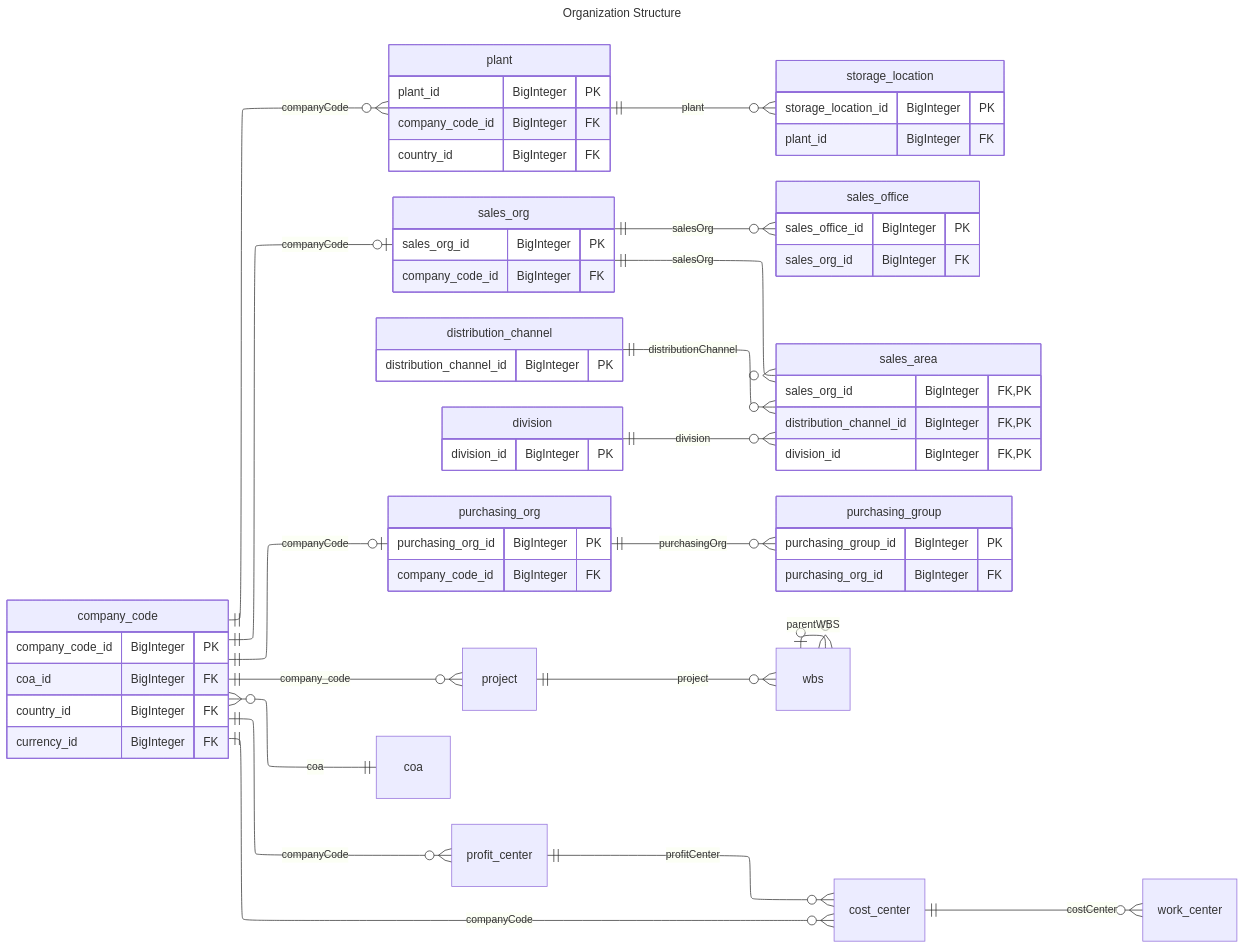
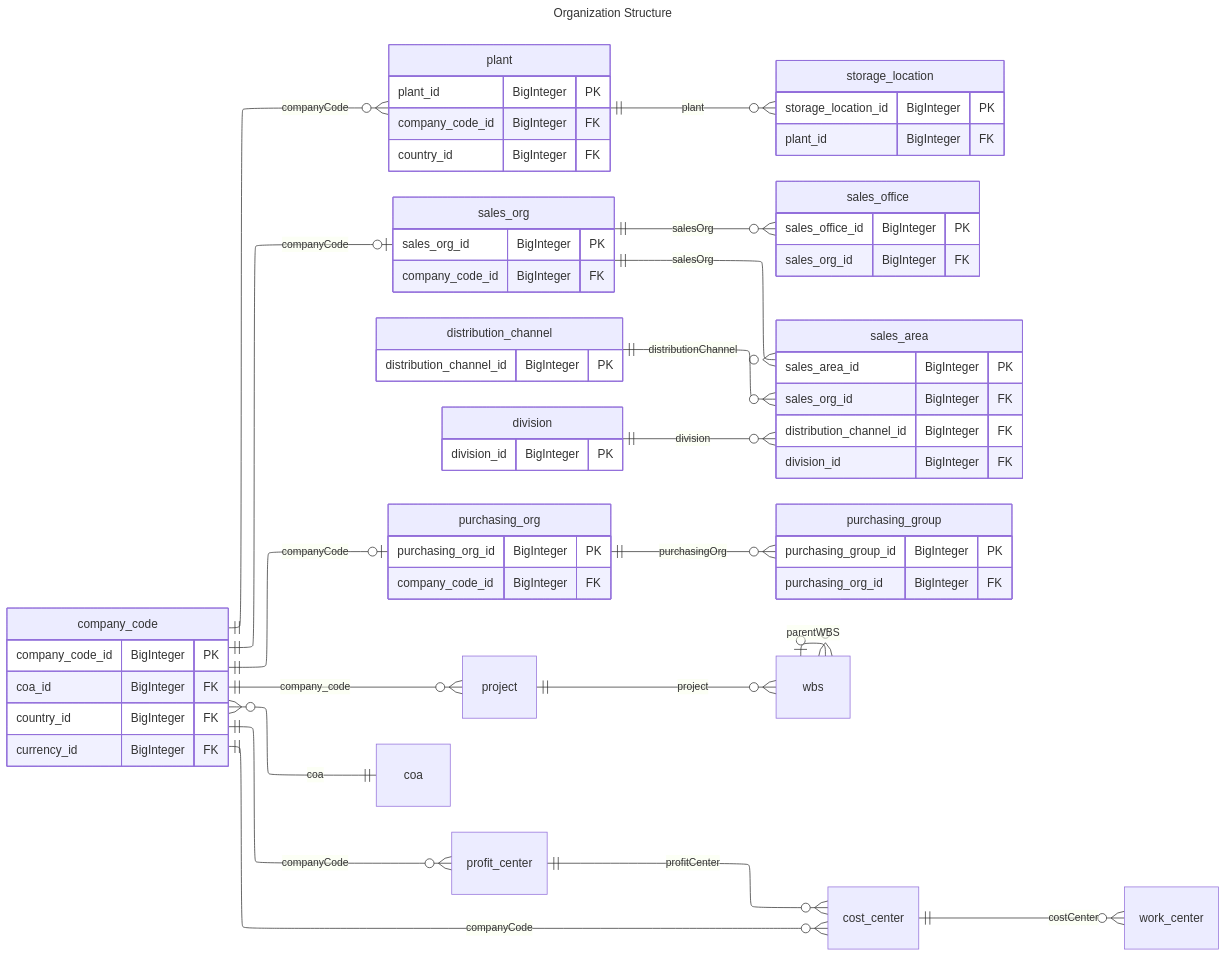
Before and after one commit to anhpeter/DDC: the diagram in split_v2/org_structure.mmd, drawn with Mermaid. The commit also changed 3 other files, not shown here.

```diff
--- a/split_v2/org_structure.mmd
+++ b/split_v2/org_structure.mmd
@@ -1,75 +1,76 @@
 ---
 title: Organization Structure
 config:
   layout: elk
 ---
 erDiagram
     direction lr 
     company_code {
         company_code_id BigInteger PK
         coa_id BigInteger FK
         country_id BigInteger FK
         currency_id BigInteger FK
     }
     plant {
         plant_id BigInteger PK
         company_code_id BigInteger FK
         country_id BigInteger FK
     }
     storage_location {
         storage_location_id BigInteger PK
         plant_id BigInteger FK
     }
     sales_org {
         sales_org_id BigInteger PK
         company_code_id BigInteger FK
     }
     sales_office {
         sales_office_id BigInteger PK
         sales_org_id BigInteger FK
     }
     distribution_channel {
         distribution_channel_id BigInteger PK
     }
     division {
         division_id BigInteger PK
     }
     sales_area {
-        sales_org_id BigInteger FK, PK
-        distribution_channel_id BigInteger FK, PK
-        division_id BigInteger FK, PK
+        sales_area_id BigInteger PK
+        sales_org_id BigInteger FK
+        distribution_channel_id BigInteger FK
+        division_id BigInteger FK
     }
     purchasing_org {
         purchasing_org_id BigInteger PK
         company_code_id BigInteger FK
     }
     purchasing_group {
         purchasing_group_id BigInteger PK
         purchasing_org_id BigInteger FK
     }
 
     company_code ||--o{ project : "company_code"
     project ||--o{ wbs : "project"
     wbs |o--o{ wbs : "parentWBS"
 
     %% ORGANIZATIONAL STRUCTURE
     company_code ||--o{ plant : "companyCode"
     plant ||--o{ storage_location : "plant"
 
     %% PROFIT CENTER COST CENTER
     company_code }o--|| coa: "coa"
     company_code ||--o{ cost_center: "companyCode"
     company_code ||--o{ profit_center: "companyCode"
     profit_center ||--o{ cost_center: "profitCenter"
     cost_center ||--o{ work_center: "costCenter"
     
     %% SALES ORGANIZATION
     company_code ||--o| sales_org: "companyCode"
     sales_org ||--o{ sales_area: "salesOrg"
     sales_org ||--o{ sales_office: "salesOrg"
     distribution_channel ||--o{ sales_area: "distributionChannel"
     division ||--o{ sales_area: "division"
     
     %% PURCHASING ORGANIZATION
     company_code ||--o| purchasing_org: "companyCode"
     purchasing_org ||--o{ purchasing_group: "purchasingOrg"
```
